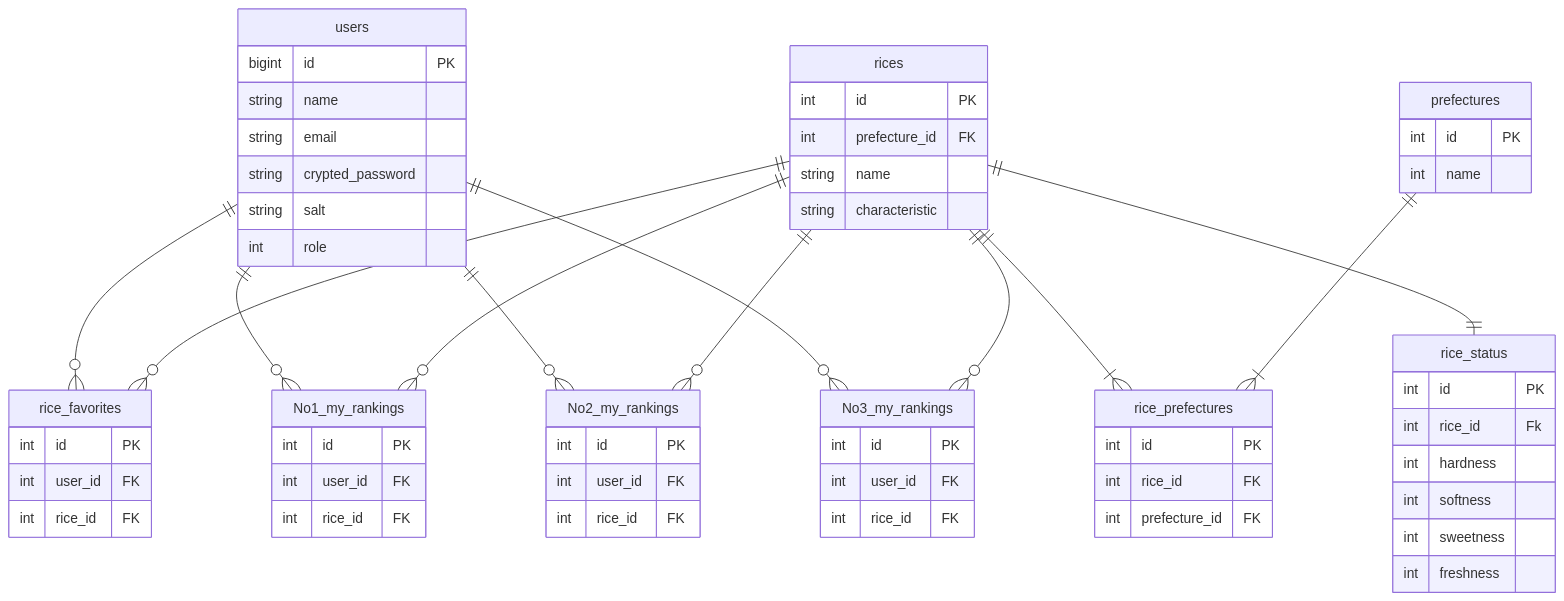
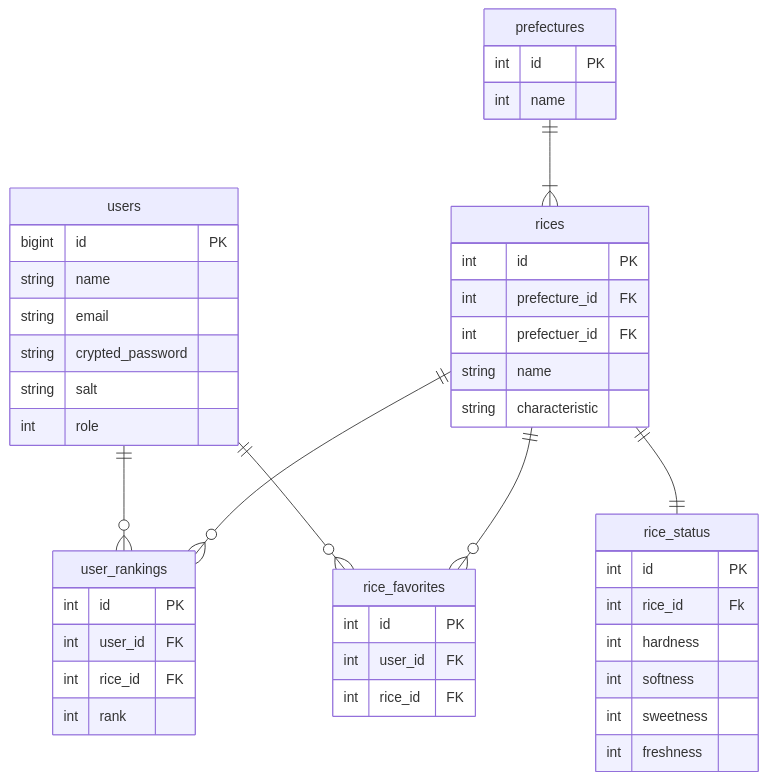
One commit to yamada-daiki729/find_my_rice changed the diagram in er_diagram.mmd. Above: the diagram before and after it, drawn with Mermaid.

Commit message:
ER図修正

```diff
--- a/er_diagram.mmd
+++ b/er_diagram.mmd
@@ -1,83 +1,60 @@
 erDiagram
 
 users ||--o{ rice_favorites : ""
-users ||--o{ No1_my_rankings : ""
-users ||--o{ No2_my_rankings : ""
-users ||--o{ No3_my_rankings : ""
+users ||--o{ user_rankings: ""
 
-rices ||--o{ No1_my_rankings : ""
-rices ||--o{ No2_my_rankings : ""
-rices ||--o{ No3_my_rankings : ""
+rices ||--o{ user_rankings : ""
 rices ||--o{ rice_favorites : ""
-rices ||--|{ rice_prefectures : ""
 rices ||--|| rice_status : ""
 
-prefectures ||--|{ rice_prefectures : ""
+prefectures||--|{ rices : ""
 
 users {
   bigint id PK
   string name
   string email
   string crypted_password
   string salt
   int role
 
 }
 
 rice_favorites {
   int id PK
   int user_id FK
   int rice_id FK
 
 }
 
 rices {
   int id PK
   int prefecture_id FK
+  int prefectuer_id FK
   string name
   string characteristic
 
 }
 
-No1_my_rankings {
+user_rankings {
   int id PK
   int user_id FK
   int rice_id FK
-
-}
-
-No2_my_rankings {
-  int id PK
-  int user_id FK
-  int rice_id FK
-
-}
-
-No3_my_rankings {
-  int id PK
-  int user_id FK
-  int rice_id FK
+  int rank
 
 }
 
 
 rice_status {
   int id PK
   int rice_id Fk
   int hardness
   int softness
   int sweetness
   int freshness
 
 }
 
 prefectures{
     int id PK
     int name
 }
-
-rice_prefectures {
-    int id PK
-    int rice_id FK
-    int prefecture_id FK
-}
```
